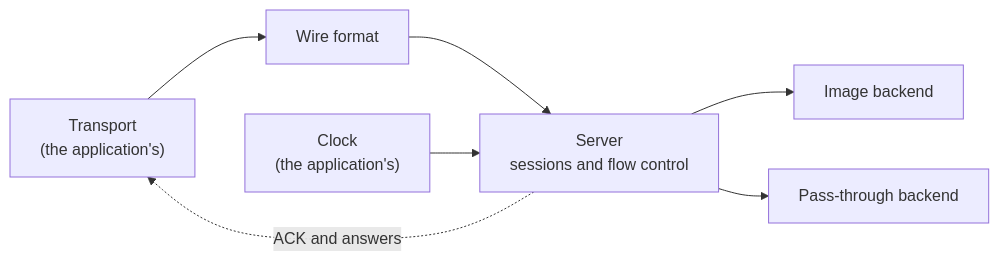
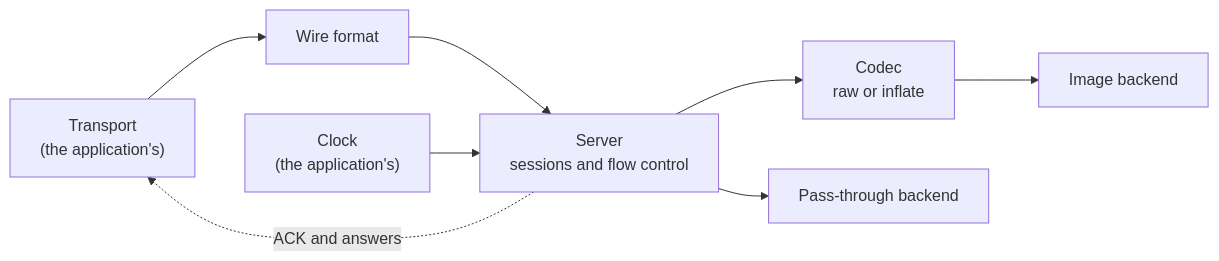
One commit to fvsolutions-dev/dfukit changed the third of 14 diagrams in DESIGN.md. Above: the diagram before and after it, drawn with Mermaid. The commit also changed other lines of this file and 20 other files, not shown here.

````diff
--- a/DESIGN.md
+++ b/DESIGN.md
@@ -94,9 +96,10 @@
 ```mermaid
 flowchart LR
     tr["Transport<br/>(the application's)"] --> wire[Wire format]
     wire --> server["Server<br/>sessions and flow control"]
-    server --> image[Image backend]
+    server --> codec["Codec<br/>raw or inflate"]
+    codec --> image[Image backend]
     server --> pass[Pass-through backend]
     server -. "ACK and answers" .-> tr
     clock["Clock<br/>(the application's)"] --> server
 ```
````
